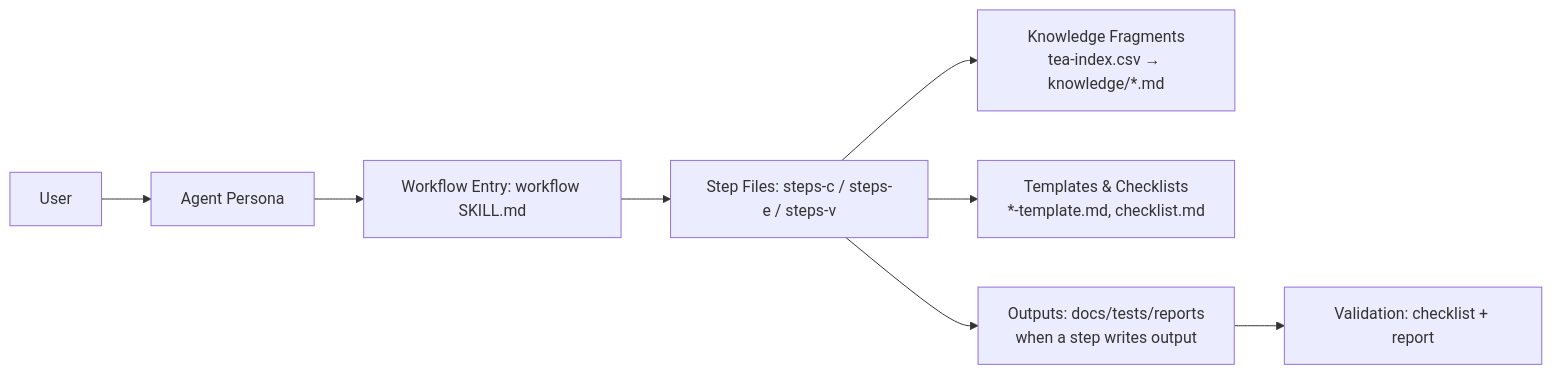
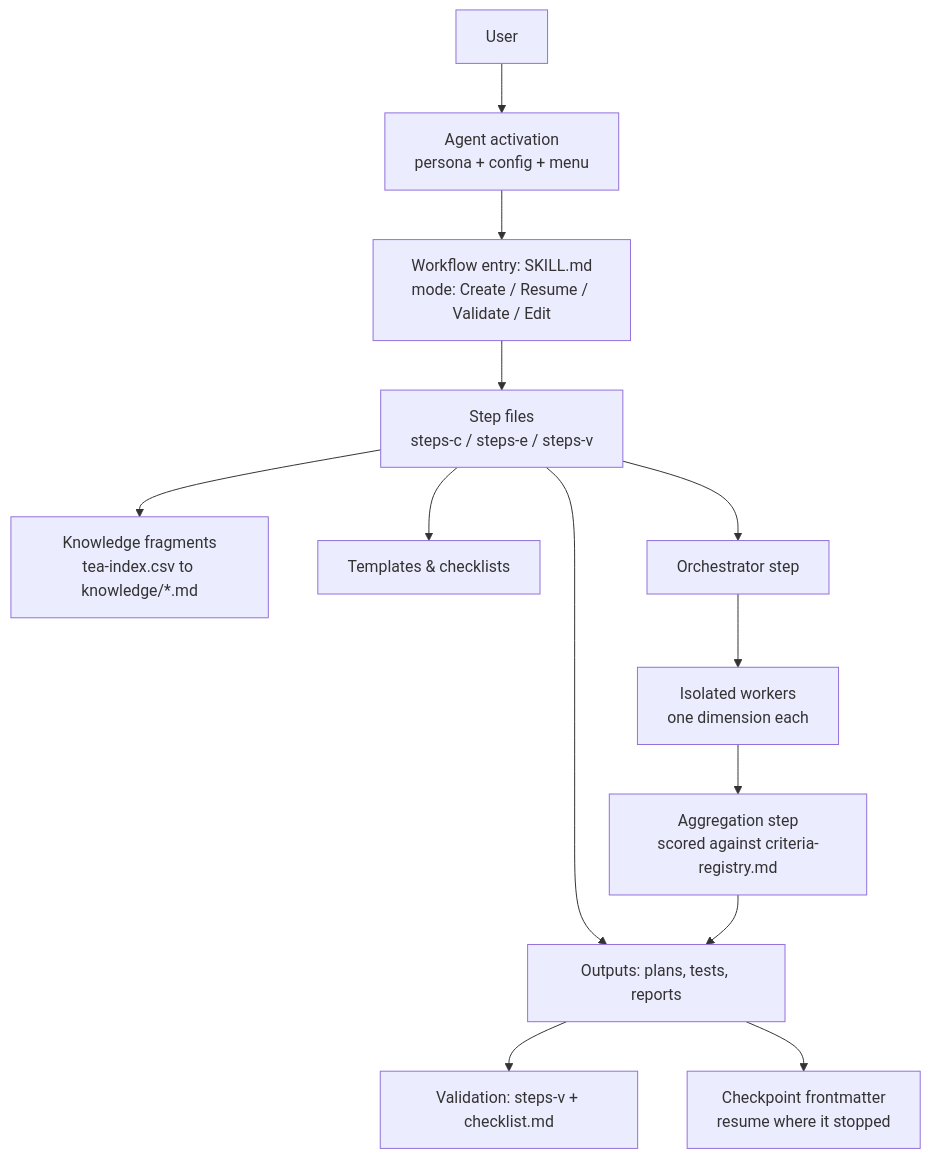
One commit to bmad-code-org/bmad-method-test-architecture-enterprise changed the diagram in README.md. Above: the diagram before and after it, drawn with Mermaid. The commit also changed other lines of this file and 77 other files, not shown here.

First line of the commit message:
Resolve TEA knowledge consistency gaps (#138)

````diff
--- a/README.md
+++ b/README.md
@@ -57,10 +167,15 @@
 ```mermaid
-flowchart LR
-  U[User] --> A[Agent Persona]
-  A --> W[Workflow Entry: workflow SKILL.md]
-  W --> S[Step Files: steps-c / steps-e / steps-v]
-  S --> K[Knowledge Fragments<br/>tea-index.csv → knowledge/*.md]
-  S --> T[Templates & Checklists<br/>*-template.md, checklist.md]
-  S --> O[Outputs: docs/tests/reports<br/>when a step writes output]
-  O --> V[Validation: checklist + report]
+flowchart TB
+  U[User] --> A[Agent activation<br/>persona + config + menu]
+  A --> W[Workflow entry: SKILL.md<br/>mode: Create / Resume / Validate / Edit]
+  W --> S[Step files<br/>steps-c / steps-e / steps-v]
+  S --> K[Knowledge fragments<br/>tea-index.csv to knowledge/*.md]
+  S --> T[Templates & checklists]
+  S --> P[Orchestrator step]
+  P --> X[Isolated workers<br/>one dimension each]
+  X --> G[Aggregation step<br/>scored against criteria-registry.md]
+  S --> O[Outputs: plans, tests, reports]
+  G --> O
+  O --> V[Validation: steps-v + checklist.md]
+  O --> C[Checkpoint frontmatter<br/>resume where it stopped]
 ```
````
